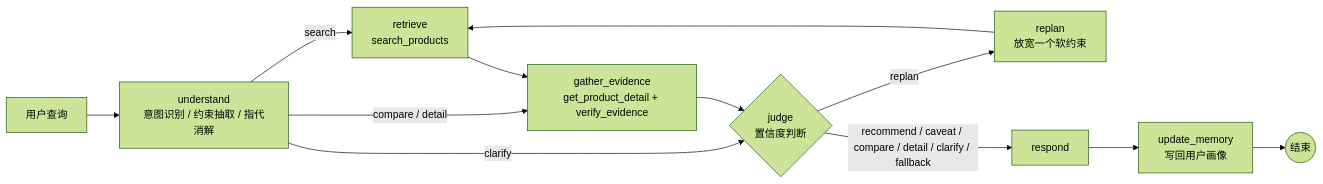
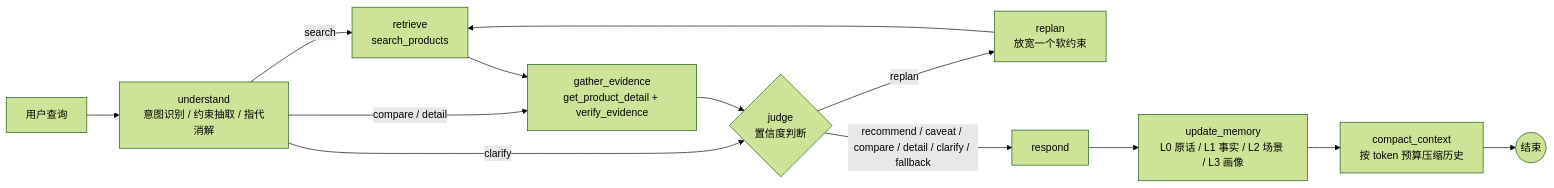
The diagram in README.md (myee0021-beep/evidence-shopping-agent), drawn with Mermaid (forest theme) before and after one commit. The commit also changed other lines of this file and 4 other files, not shown here.

First line of the commit message:
Document context compression, layered memory and ShoppingBench

````diff
--- a/README.md
+++ b/README.md
@@ -19,14 +22,15 @@
 ```mermaid
 flowchart LR
     Q[用户查询] --> U[understand<br/>意图识别 / 约束抽取 / 指代消解]
     U -->|search| R[retrieve<br/>search_products]
     U -->|compare / detail| E
     U -->|clarify| J
     R --> E[gather_evidence<br/>get_product_detail + verify_evidence]
     E --> J{judge<br/>置信度判断}
     J -->|replan| P[replan<br/>放宽一个软约束]
     P --> R
     J -->|recommend / caveat / compare / detail / clarify / fallback| S[respond]
-    S --> M[update_memory<br/>写回用户画像]
-    M --> END((结束))
+    S --> M[update_memory<br/>L0 原话 / L1 事实 / L2 场景 / L3 画像]
+    M --> C[compact_context<br/>按 token 预算压缩历史]
+    C --> END((结束))
 ```
````
